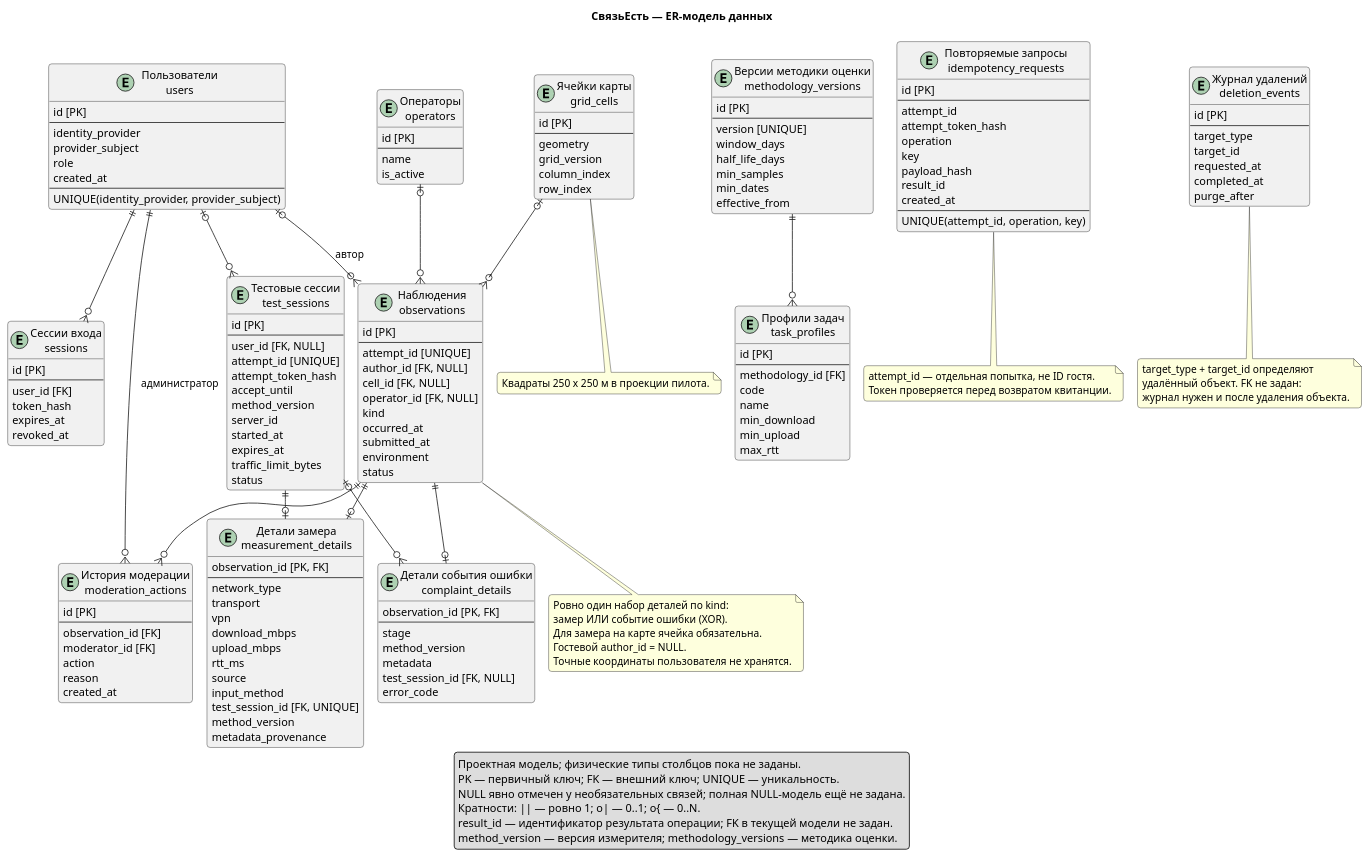
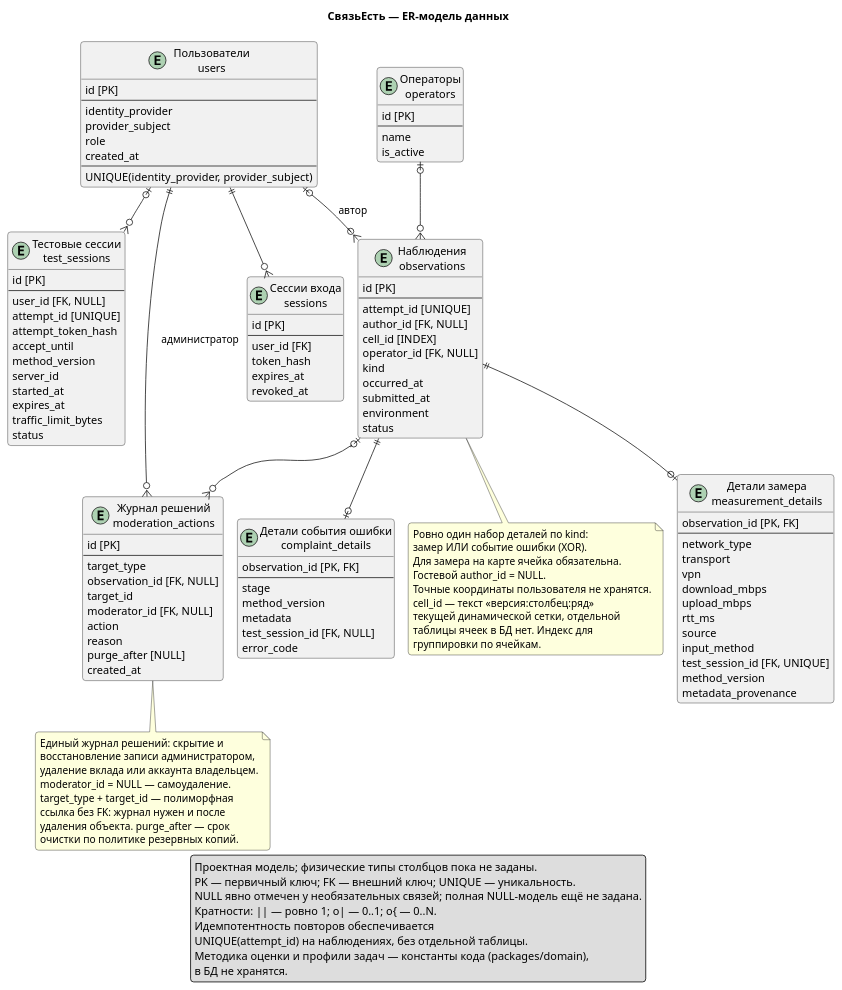
Before and after one commit to SlavaRad434/svyaz-est: the diagram in docs/diagrams/05-er-model.puml, drawn with PlantUML. The commit also changed 11 other files, not shown here.

Commit message:
docs(diagrams): use case без просмотра сохранённых событий, ER-модель 13→8, перерендер

```diff
--- a/docs/diagrams/05-er-model.puml
+++ b/docs/diagrams/05-er-model.puml
@@ -53,21 +53,12 @@
   is_active
 }
 
-entity "Ячейки карты\ngrid_cells" as grid_cells {
-  id [PK]
-  --
-  geometry
-  grid_version
-  column_index
-  row_index
-}
-
 entity "Наблюдения\nobservations" as observations {
   id [PK]
   --
   attempt_id [UNIQUE]
   author_id [FK, NULL]
-  cell_id [FK, NULL]
+  cell_id [INDEX]
   operator_id [FK, NULL]
   kind
   occurred_at
@@ -102,60 +93,17 @@
   error_code
 }
 
-entity "Версии методики оценки\nmethodology_versions" as methodology_versions {
-  id [PK]
-  --
-  version [UNIQUE]
-  window_days
-  half_life_days
-  min_samples
-  min_dates
-  effective_from
-}
-
-entity "Профили задач\ntask_profiles" as task_profiles {
-  id [PK]
-  --
-  methodology_id [FK]
-  code
-  name
-  min_download
-  min_upload
-  max_rtt
-}
-
-entity "История модерации\nmoderation_actions" as moderation_actions {
-  id [PK]
-  --
-  observation_id [FK]
-  moderator_id [FK]
-  action
-  reason
-  created_at
-}
-
-entity "Повторяемые запросы\nidempotency_requests" as idempotency_requests {
-  id [PK]
-  --
-  attempt_id
-  attempt_token_hash
-  operation
-  key
-  payload_hash
-  result_id
-  created_at
-  --
-  UNIQUE(attempt_id, operation, key)
-}
-
-entity "Журнал удалений\ndeletion_events" as deletion_events {
+entity "Журнал решений\nmoderation_actions" as moderation_actions {
   id [PK]
   --
   target_type
+  observation_id [FK, NULL]
   target_id
-  requested_at
-  completed_at
-  purge_after
+  moderator_id [FK, NULL]
+  action
+  reason
+  purge_after [NULL]
+  created_at
 }
 
 users ||--o{ sessions
@@ -164,14 +112,9 @@
 users ||--o{ moderation_actions : администратор
 
 operators |o--o{ observations
-grid_cells |o--o{ observations
 observations ||--o| measurement_details
 observations ||--o| complaint_details
-observations ||--o{ moderation_actions
-test_sessions ||--o| measurement_details
-test_sessions |o--o{ complaint_details
-
-methodology_versions ||--o{ task_profiles
+observations |o--o{ moderation_actions
 
 note bottom of observations
   Ровно один набор деталей по kind:
@@ -179,21 +122,21 @@
   Для замера на карте ячейка обязательна.
   Гостевой author_id = NULL.
   Точные координаты пользователя не хранятся.
+  cell_id — текст «версия:столбец:ряд»
+  текущей динамической сетки, отдельной
+  таблицы ячеек в БД нет. Индекс для
+  группировки по ячейкам.
 end note
 
-note bottom of grid_cells
-  Квадраты 250 x 250 м в проекции пилота.
-end note
-
-note bottom of idempotency_requests
-  attempt_id — отдельная попытка, не ID гостя.
-  Токен проверяется перед возвратом квитанции.
-end note
-
-note bottom of deletion_events
-  target_type + target_id определяют
-  удалённый объект. FK не задан:
-  журнал нужен и после удаления объекта.
+note bottom of moderation_actions
+  Единый журнал решений: скрытие и
+  восстановление записи администратором,
+  удаление вклада или аккаунта владельцем.
+  moderator_id = NULL — самоудаление.
+  target_type + target_id — полиморфная
+  ссылка без FK: журнал нужен и после
+  удаления объекта. purge_after — срок
+  очистки по политике резервных копий.
 end note
 
 legend bottom
@@ -201,7 +144,9 @@
   PK — первичный ключ; FK — внешний ключ; UNIQUE — уникальность.
   NULL явно отмечен у необязательных связей; полная NULL-модель ещё не задана.
   Кратности: || — ровно 1; o| — 0..1; o{ — 0..N.
-  result_id — идентификатор результата операции; FK в текущей модели не задан.
-  method_version — версия измерителя; methodology_versions — методика оценки.
+  Идемпотентность повторов обеспечивается
+  UNIQUE(attempt_id) на наблюдениях, без отдельной таблицы.
+  Методика оценки и профили задач — константы кода (packages/domain),
+  в БД не хранятся.
 endlegend
 @enduml
```
